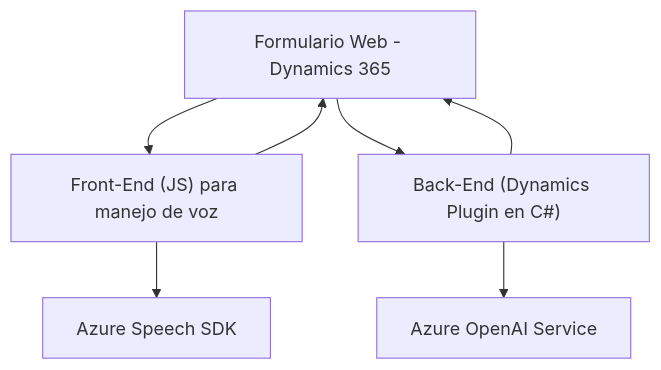
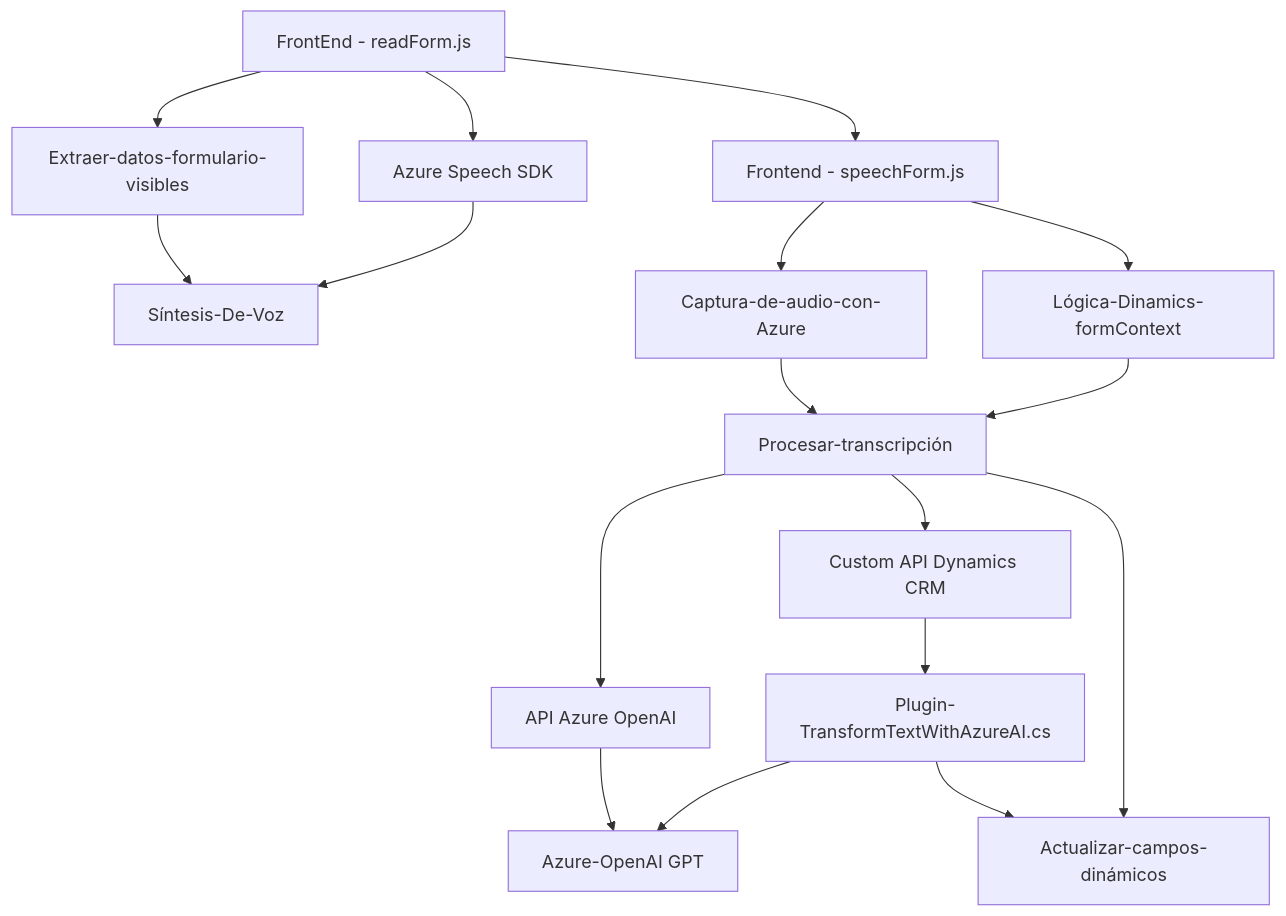
The diagram in README.md (blopezdm/NETCORE_BILBAO2025), drawn with Mermaid before and after one commit. The commit also changed other lines of this file, not shown here.

Commit message:
Actualizar análisis global de la solución con IA

````diff
--- a/README.md
+++ b/README.md
@@ -43,15 +39,19 @@
 ```mermaid
 graph TD
-  A["Formulario Web - Dynamics 365"]
-  B["Front-End (JS) para manejo de voz"]
-  C["Back-End (Dynamics Plugin en C#)"]
-  D["Azure Speech SDK"]
-  E["Azure OpenAI Service"]
-
-  A --> B
-  A --> C
-  B --> D
-  C --> E
-  B --> A
-  C --> A
+A["FrontEnd - readForm.js"] --> B["Extraer-datos-formulario-visibles"]
+A --> C["Azure Speech SDK"]
+B --> D["Síntesis-De-Voz"]
+C --> D
+A --> E["Frontend - speechForm.js"]
+E --> F["Captura-de-audio-con-Azure"]
+E --> G["Lógica-Dinamics-formContext"]
+F --> H["Procesar-transcripción"]
+G --> H
+H --> I["API Azure OpenAI"]
+H --> J["Custom API Dynamics CRM"]
+I --> K["Azure-OpenAI GPT"]
+J --> L["Plugin-TransformTextWithAzureAI.cs"]
+L --> K
+H --> M["Actualizar-campos-dinámicos"]
+L --> M
 ```
````
